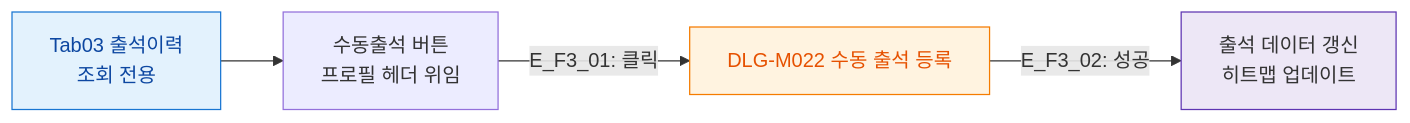
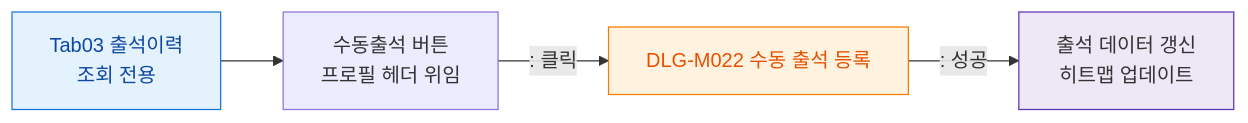
One commit to dev-spogym/admin-pando changed the diagram in docs/다이어그램/D02_회원관리/SCR-M004_회원상세/Tab03_출석이력/F3_버튼액션.md. Above: the diagram before and after it, drawn with Mermaid. The commit also changed other lines of this file and 1660 other files, not shown here.

First line of the commit message:
다이어그램: 기획자/클라이언트 납품본으로 정리

````diff
--- a/docs/다이어그램/D02_회원관리/SCR-M004_회원상세/Tab03_출석이력/F3_버튼액션.md
+++ b/docs/다이어그램/D02_회원관리/SCR-M004_회원상세/Tab03_출석이력/F3_버튼액션.md
@@ -22,13 +20,13 @@
 ```mermaid
 flowchart LR
   TAB[Tab03 출석이력\n조회 전용] --> HDR_BTN[수동출석 버튼\n프로필 헤더 위임]
-  HDR_BTN -->|"E_F3_01: 클릭"| DLG_M022[DLG-M022 수동 출석 등록]
-  DLG_M022 -->|"E_F3_02: 성공"| REFRESH[출석 데이터 갱신\n히트맵 업데이트]
+  HDR_BTN -->|": 클릭"|DLG_M022[DLG-M022 수동 출석 등록]
+  DLG_M022 -->|": 성공"|REFRESH[출석 데이터 갱신\n히트맵 업데이트]
 
   classDef screen fill:#E3F2FD,stroke:#1976D2,color:#0D47A1
   classDef modal fill:#FFF3E0,stroke:#F57C00,color:#E65100
   classDef system fill:#EDE7F6,stroke:#5E35B2
   class TAB screen
   class DLG_M022 modal
   class REFRESH system
 ```
````
